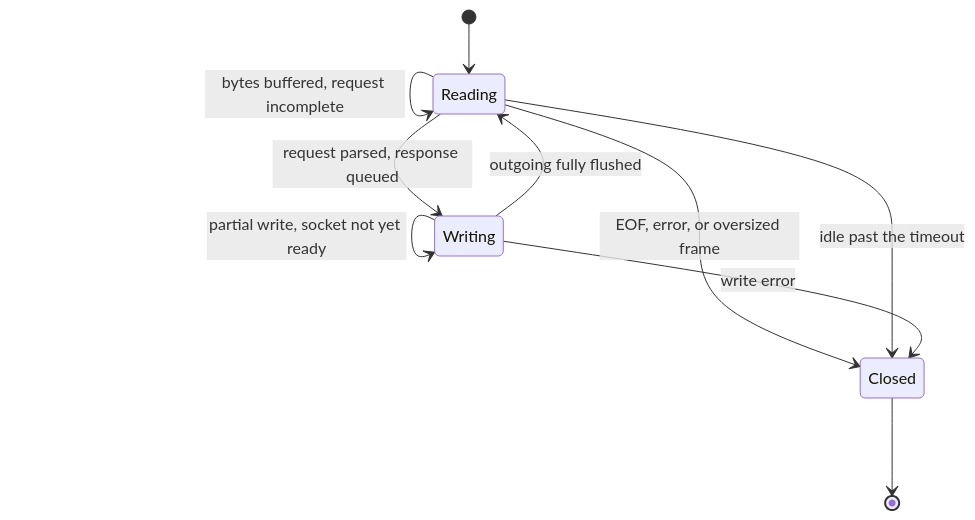
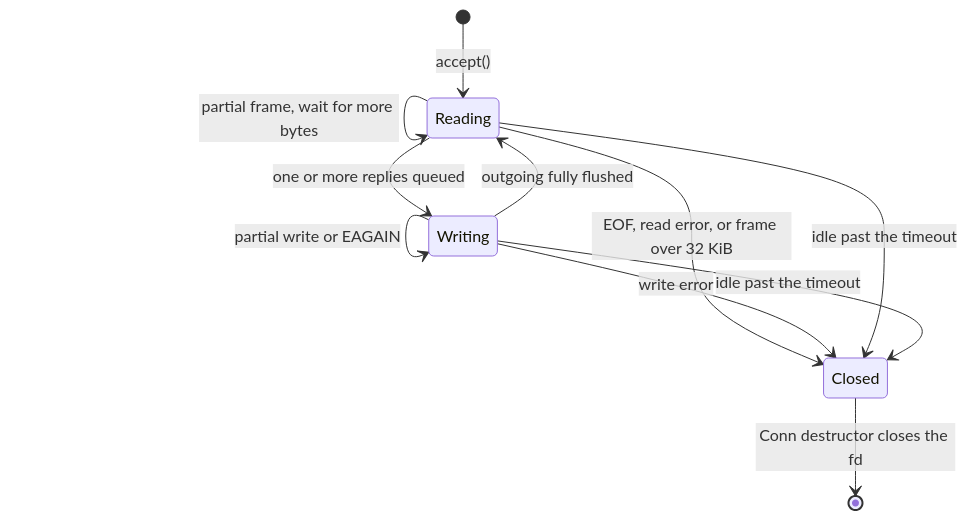
Before and after one commit to Rohitangshu2026/mini-redis: the tenth of 34 diagrams in README.md, drawn with Mermaid. The commit also changed other lines of this file, not shown here.

Commit message:
docs: rewrite README with the end-to-end architecture flow

````diff
--- a/README.md
+++ b/README.md
@@ -321,12 +471,13 @@
 ```mermaid
 stateDiagram-v2
-    [*] --> Reading
-    Reading --> Reading: bytes buffered, request incomplete
-    Reading --> Writing: request parsed, response queued
-    Writing --> Writing: partial write, socket not yet ready
+    [*] --> Reading: accept()
+    Reading --> Reading: partial frame, wait for more bytes
+    Reading --> Writing: one or more replies queued
+    Writing --> Writing: partial write or EAGAIN
     Writing --> Reading: outgoing fully flushed
-    Reading --> Closed: EOF, error, or oversized frame
+    Reading --> Closed: EOF, read error, or frame over 32 KiB
+    Writing --> Closed: write error
     Reading --> Closed: idle past the timeout
-    Writing --> Closed: write error
-    Closed --> [*]
+    Writing --> Closed: idle past the timeout
+    Closed --> [*]: Conn destructor closes the fd
 ```
````
